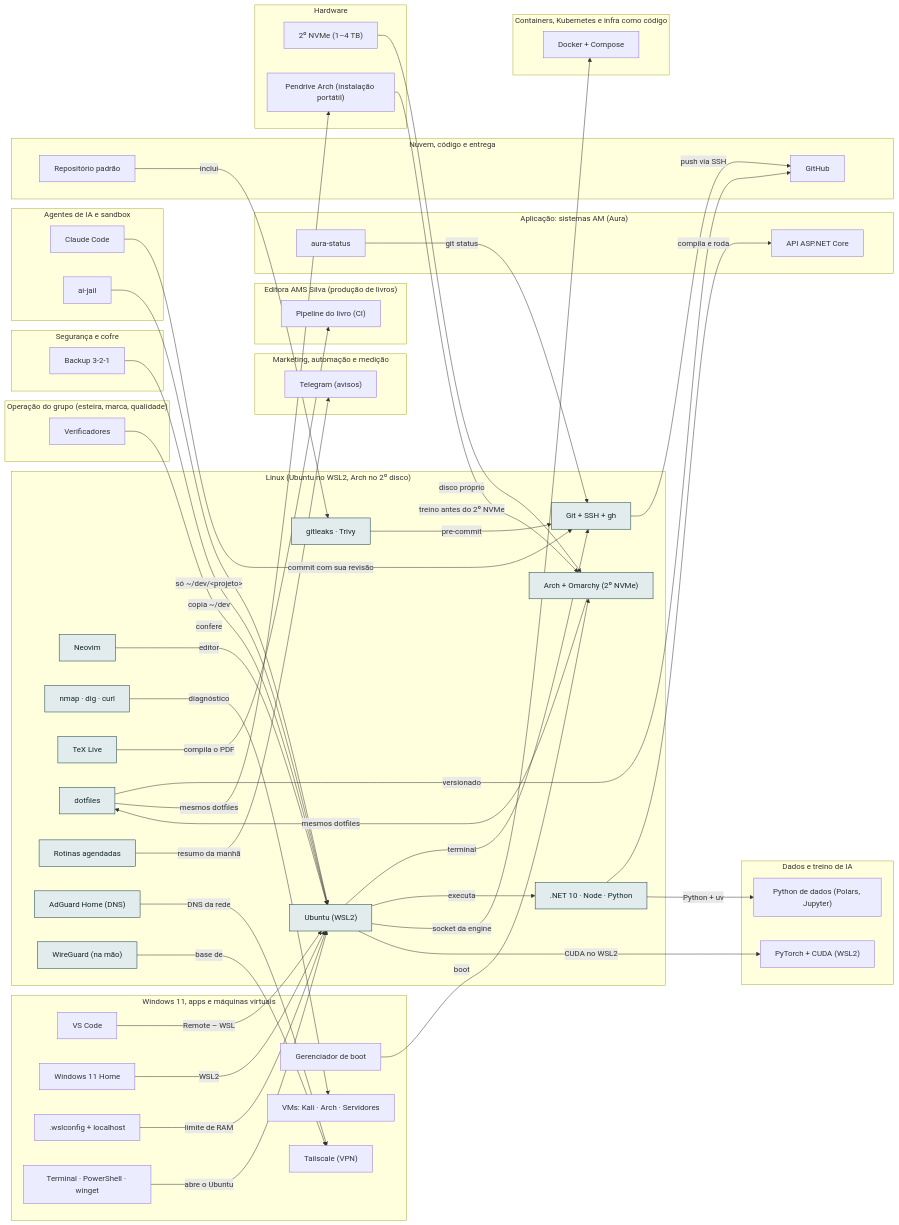
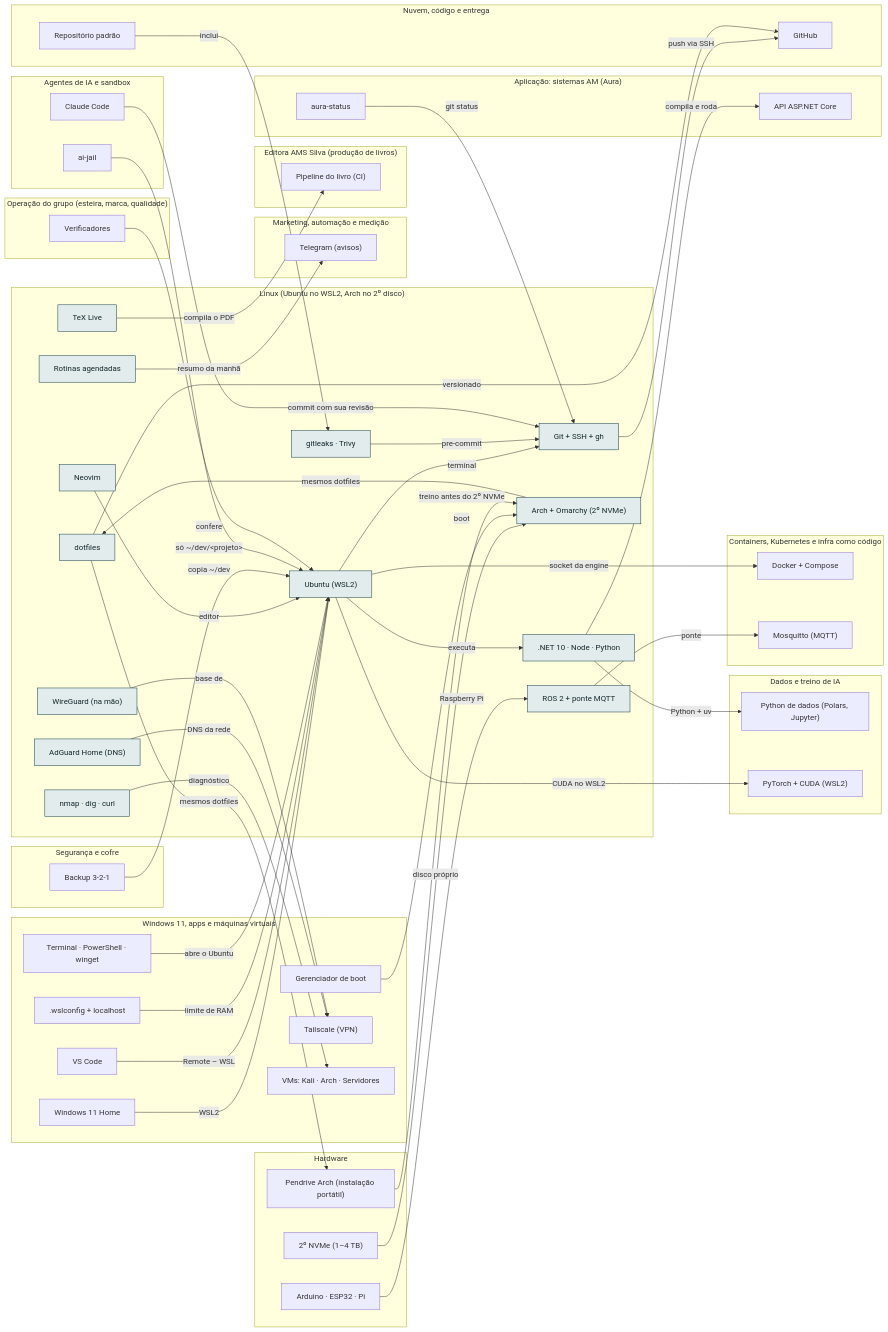
Before and after one commit to AlanMateus17/dev-setup: the diagram in docs/camadas/04-lin.md, drawn with Mermaid. The commit also changed other lines of this file and 36 other files, not shown here.

````diff
--- a/docs/camadas/04-lin.md
+++ b/docs/camadas/04-lin.md
@@ -26,6 +26,7 @@
     n_rotinas["Rotinas agendadas"]
     n_adguard["AdGuard Home (DNS)"]
     n_wireguard["WireGuard (na mão)"]
+    n_ros2["ROS 2 + ponte MQTT"]
   end
   subgraph L_oper["Operação do grupo (esteira, marca, qualidade)"]
     n_overif["Verificadores"]
@@ -46,6 +47,7 @@
   end
   subgraph L_cnt["Containers, Kubernetes e infra como código"]
     n_docker["Docker + Compose"]
+    n_mqtt["Mosquitto (MQTT)"]
   end
   subgraph L_dados["Dados e treino de IA"]
     n_pyds["Python de dados (Polars, Jupyter)"]
@@ -70,6 +72,7 @@
   subgraph L_hw["Hardware"]
     n_nvme["2º NVMe (1–4 TB)"]
     n_parch["Pendrive Arch (instalação portátil)"]
+    n_rob["Arduino · ESP32 · Pi"]
   end
   n_nvim -->|"editor"| n_wsl
   n_netw -->|"diagnóstico"| n_vms
@@ -101,6 +104,8 @@
   n_rotinas -->|"resumo da manhã"| n_tg
   n_adguard -->|"DNS da rede"| n_tail
   n_wireguard -->|"base de"| n_tail
+  n_ros2 -->|"ponte"| n_mqtt
+  n_rob -->|"Raspberry Pi"| n_ros2
   classDef desta fill:#e2ecec,stroke:#0e3a45,color:#13262b
-  class n_nvim,n_netw,n_wsl,n_git,n_rt,n_tex,n_sec,n_dot,n_arch,n_rotinas,n_adguard,n_wireguard desta
+  class n_nvim,n_netw,n_wsl,n_git,n_rt,n_tex,n_sec,n_dot,n_arch,n_rotinas,n_adguard,n_wireguard,n_ros2 desta
 ```
````
